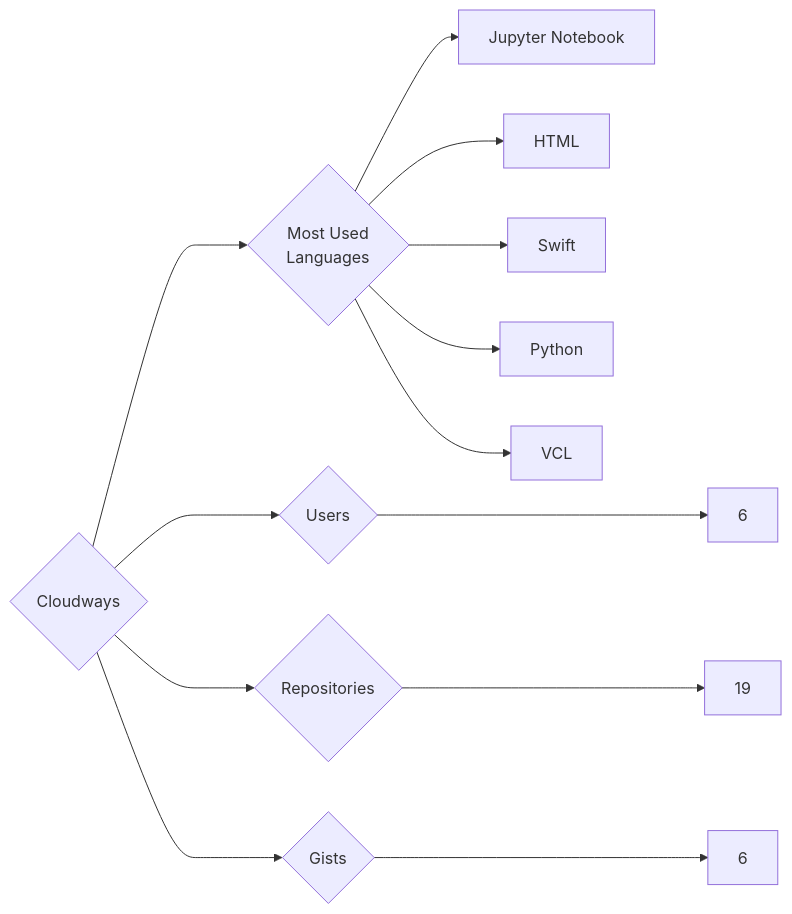
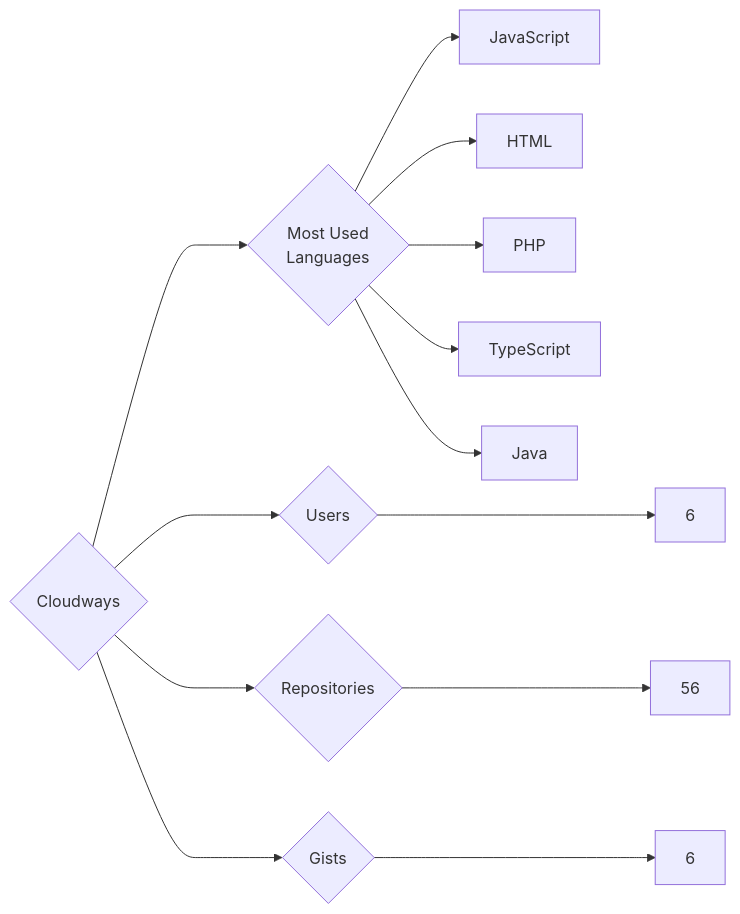
The diagram in targets/Cloudways/README.md (trickest/insiders), drawn with Mermaid before and after one commit. The commit also changed 752 other files, not shown here.

````diff
--- a/targets/Cloudways/README.md
+++ b/targets/Cloudways/README.md
@@ -3,13 +3,13 @@
 ```mermaid
 graph LR
 COMPANY_NAME{Cloudways}
 COMPANY_NAME ---> U{Users} ---> UN[6]
-COMPANY_NAME ---> R{Repositories} ---> RN[19]
+COMPANY_NAME ---> R{Repositories} ---> RN[56]
 COMPANY_NAME ---> G{Gists} ---> GN[6]
 COMPANY_NAME ---> ML{Most Used<br>Languages}
-ML --> Jupyter_Notebook[Jupyter Notebook]
+ML --> JavaScript[JavaScript]
 ML --> HTML[HTML]
-ML --> Swift[Swift]
-ML --> Python[Python]
-ML --> VCL[VCL]
+ML --> PHP[PHP]
+ML --> TypeScript[TypeScript]
+ML --> Java[Java]
 ```
````
